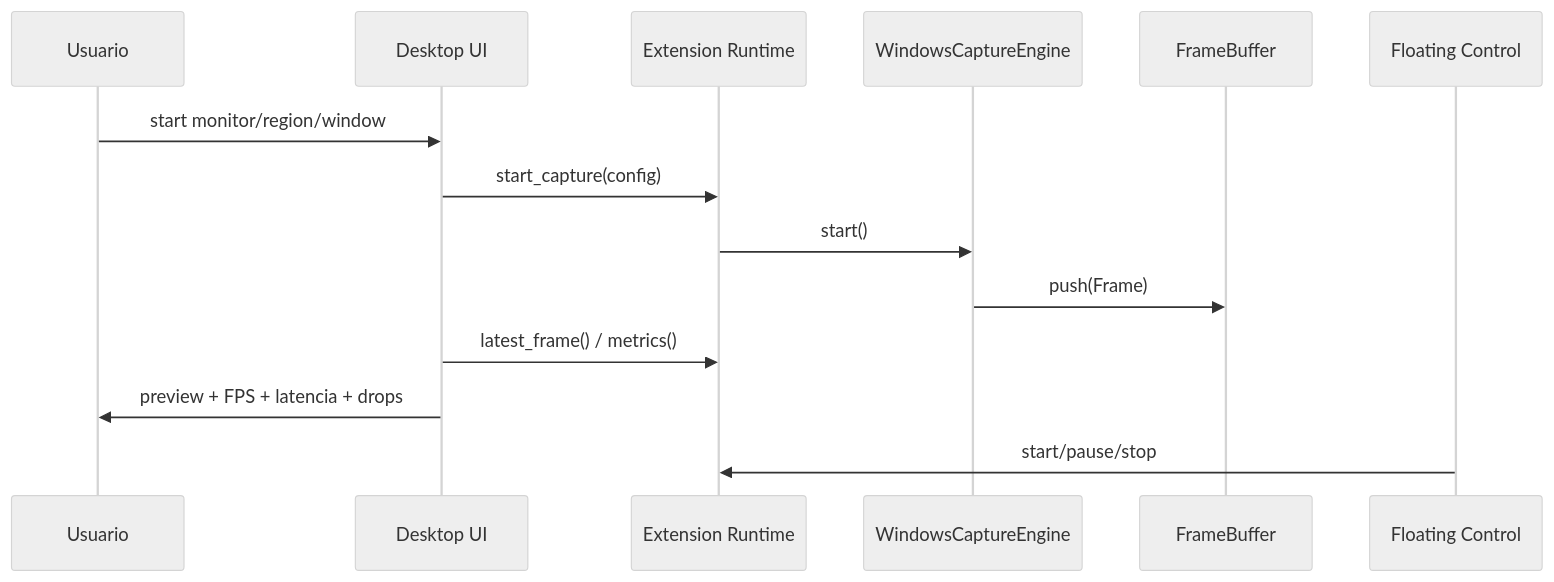
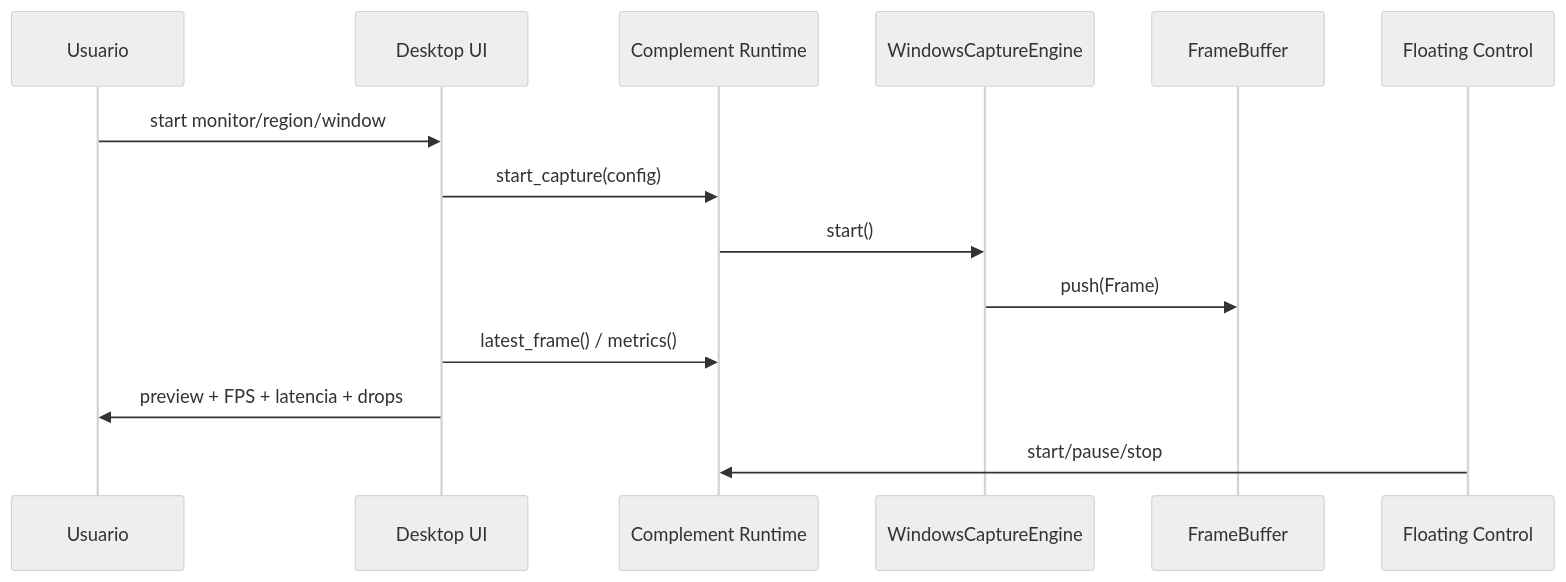
One commit to Adan0423/real-time-desktop-agent changed the second of 3 diagrams in docs/architecture.md. Above: the diagram before and after it, drawn with Mermaid (neutral theme). The commit also changed other lines of this file and 22 other files, not shown here.

````diff
--- a/docs/architecture.md
+++ b/docs/architecture.md
@@ -83,16 +85,16 @@
 ```mermaid
 sequenceDiagram
     participant User as Usuario
     participant Desktop as Desktop UI
-    participant Runtime as Extension Runtime
+    participant Runtime as Complement Runtime
     participant Capture as WindowsCaptureEngine
     participant Buffer as FrameBuffer
     participant Floating as Floating Control
     User->>Desktop: start monitor/region/window
     Desktop->>Runtime: start_capture(config)
     Runtime->>Capture: start()
     Capture->>Buffer: push(Frame)
     Desktop->>Runtime: latest_frame() / metrics()
     Desktop->>User: preview + FPS + latencia + drops
     Floating->>Runtime: start/pause/stop
 ```
````
